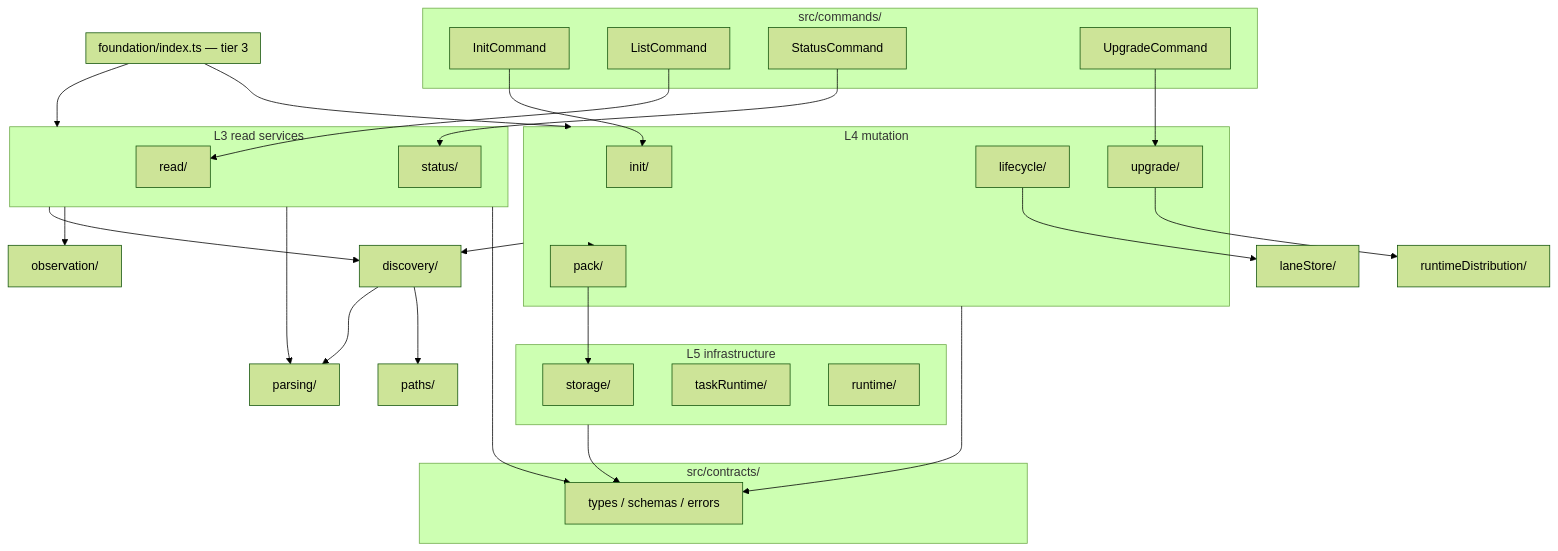
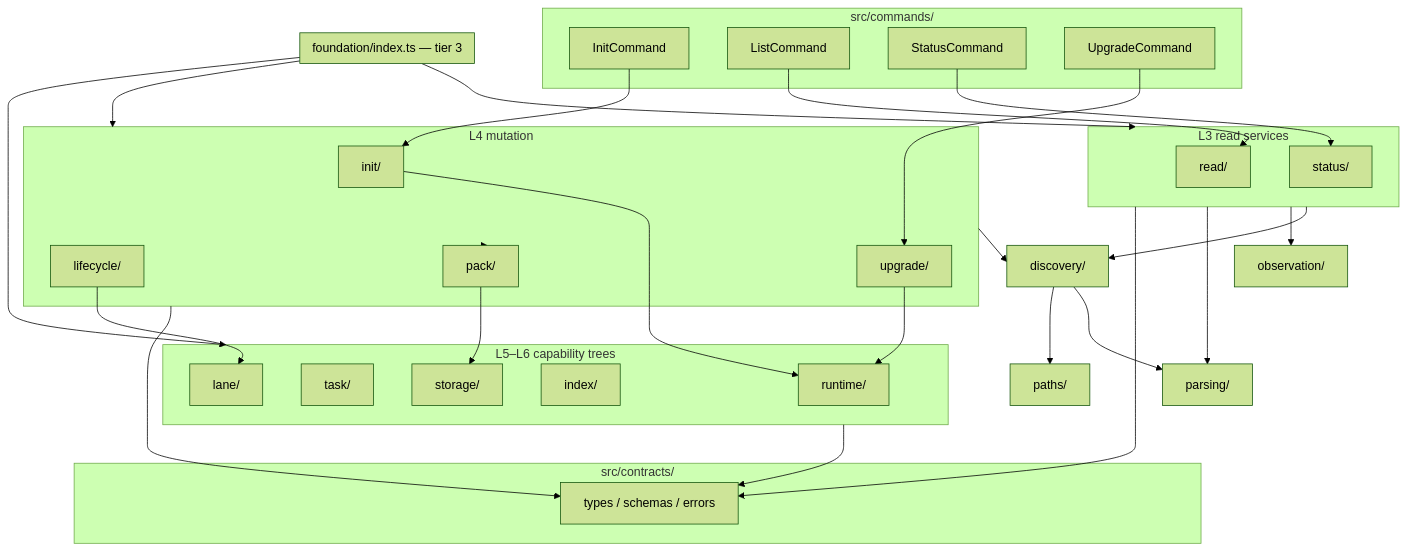
The diagram in docs/spec/architecture/foundation-module-architecture.md (solxiom/watchtower), drawn with Mermaid (forest theme) before and after one commit. The commit also changed other lines of this file and 6 other files, not shown here.

First line of the commit message:
Define REF-03 capability tree architecture for foundation layout.

````diff
--- a/docs/spec/architecture/foundation-module-architecture.md
+++ b/docs/spec/architecture/foundation-module-architecture.md
@@ -289,59 +330,63 @@
 ```mermaid
 flowchart TB
   subgraph commands ["src/commands/"]
     InitCmd[InitCommand]
     ListCmd[ListCommand]
     StatusCmd[StatusCommand]
     UpgradeCmd[UpgradeCommand]
   end
 
   subgraph foundationRoot ["foundation/index.ts — tier 3"]
     direction LR
   end
 
   subgraph L3read ["L3 read services"]
     readDomain[read/]
     statusDomain[status/]
   end
 
   subgraph L4mut ["L4 mutation"]
     initDomain[init/]
     lifecycleDomain[lifecycle/]
     packDomain[pack/]
     upgradeDomain[upgrade/]
   end
 
-  subgraph L5infra ["L5 infrastructure"]
+  subgraph L5infra ["L5–L6 capability trees"]
+    runtimeCap[runtime/]
+    taskCap[task/]
+    laneCap[lane/]
+    indexCap[index/]
     storageCap[storage/]
-    taskRuntimeCap[taskRuntime/]
-    runtimeCap[runtime/]
   end
 
   subgraph contracts ["src/contracts/"]
     types[types / schemas / errors]
   end
 
   InitCmd --> initDomain
   ListCmd --> readDomain
   StatusCmd --> statusDomain
   UpgradeCmd --> upgradeDomain
 
   foundationRoot --> L3read
   foundationRoot --> L4mut
+  foundationRoot --> L5infra
 
   L3read --> L2disc[discovery/]
   L3read --> L2obs[observation/]
   L4mut --> L2disc
   L4mut --> packDomain
 
   L2disc --> L1parse[parsing/]
   L2disc --> L1paths[paths/]
   L3read --> L1parse
   packDomain --> storageCap
-  lifecycleDomain --> laneStore[laneStore/]
-  upgradeDomain --> runtimeDistribution[runtimeDistribution/]
+  lifecycleDomain --> laneCap
+  upgradeDomain --> runtimeCap
+  initDomain --> runtimeCap
 
   L3read --> types
   L4mut --> types
   L5infra --> types
 ```
````
